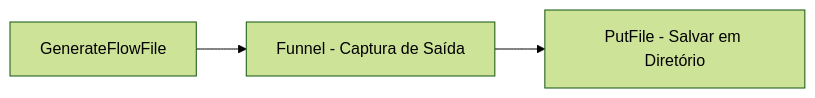
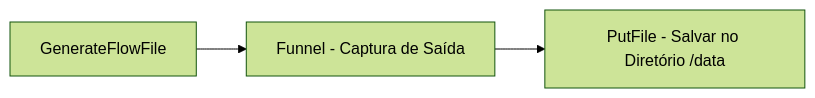
The first of 2 diagrams in apache_nifi/README.md (lvgalvao/etl-nifi-n8n-chatgpt-whatsapp), drawn with Mermaid (forest theme) before and after one commit. The commit also changed other lines of this file, not shown here.

````diff
--- a/apache_nifi/README.md
+++ b/apache_nifi/README.md
@@ -170,5 +171,5 @@
 ```mermaid
 flowchart LR
-    Generate[GenerateFlowFile] --> Success[Funnel - Captura de Saída]
-    Success --> Store[PutFile - Salvar em Diretório]
+    Generate[GenerateFlowFile] --> Funnel[Funnel - Captura de Saída]
+    Funnel --> PutFile[PutFile - Salvar no Diretório /data]
 ```
````
